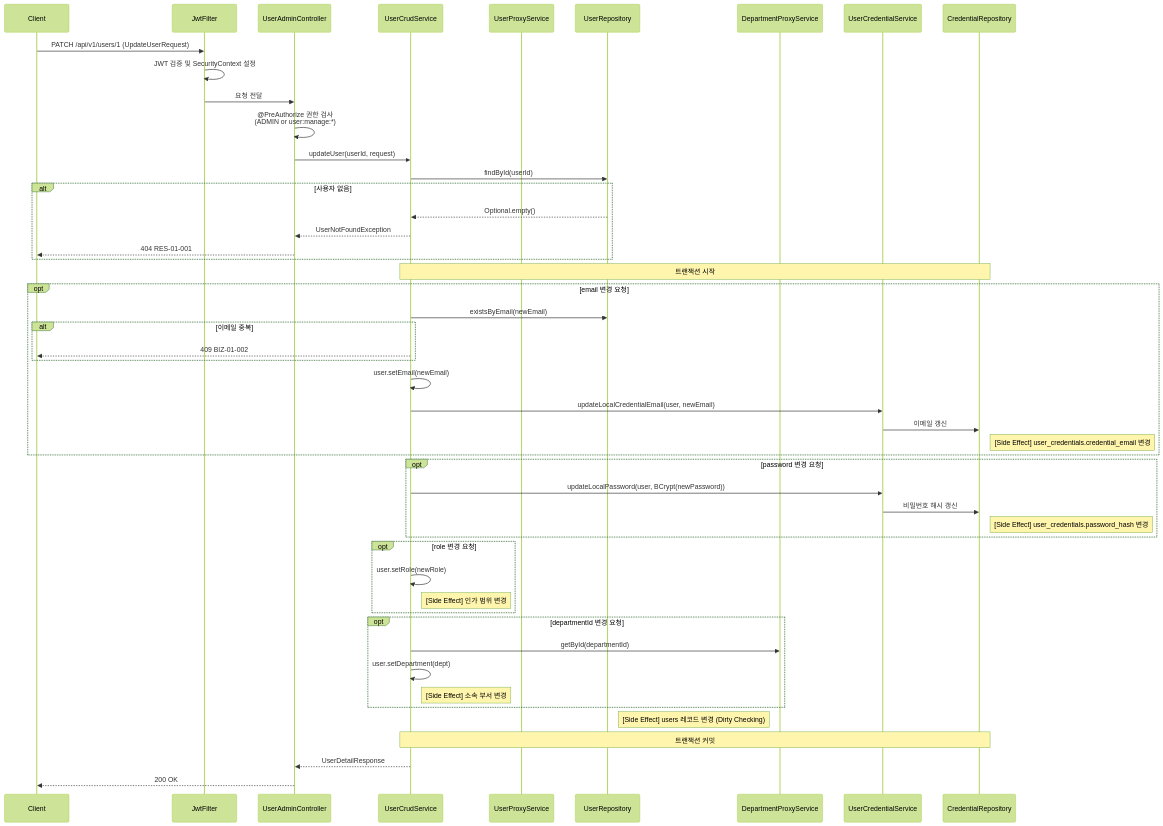
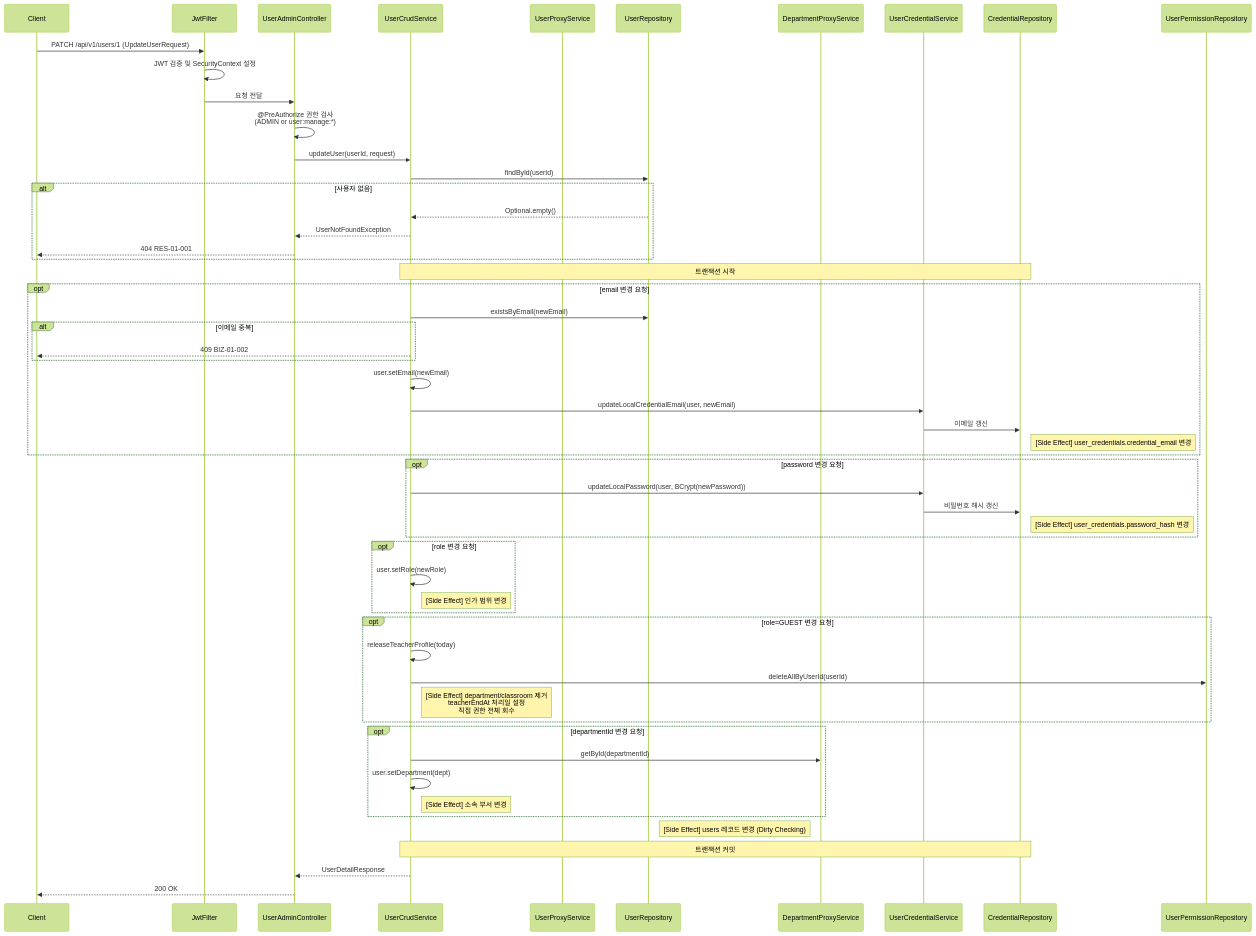
Before and after one commit to Geumjeongyahak/Backend: the fourth of 10 diagrams in docs/Domain/User/SequenceDiagram.md, drawn with Mermaid (forest theme). The commit also changed other lines of this file and 22 other files, not shown here.

````diff
--- a/docs/Domain/User/SequenceDiagram.md
+++ b/docs/Domain/User/SequenceDiagram.md
@@ -126,61 +128,67 @@
 ```mermaid
 sequenceDiagram
     participant Client
     participant JwtFilter
     participant UserAdminController
     participant UserCrudService
     participant UserProxyService
     participant UserRepository
     participant DepartmentProxyService
     participant UserCredentialService
     participant CredentialRepository
 
     Client->>JwtFilter: PATCH /api/v1/users/1 (UpdateUserRequest)
     JwtFilter->>JwtFilter: JWT 검증 및 SecurityContext 설정
     JwtFilter->>UserAdminController: 요청 전달
     UserAdminController->>UserAdminController: @PreAuthorize 권한 검사<br/>(ADMIN or user:manage:*)
     UserAdminController->>UserCrudService: updateUser(userId, request)
 
     UserCrudService->>UserRepository: findById(userId)
     alt 사용자 없음
         UserRepository-->>UserCrudService: Optional.empty()
         UserCrudService-->>UserAdminController: UserNotFoundException
         UserAdminController-->>Client: 404 RES-01-001
     end
 
     Note over UserCrudService,CredentialRepository: 트랜잭션 시작
 
     opt email 변경 요청
         UserCrudService->>UserRepository: existsByEmail(newEmail)
         alt 이메일 중복
             UserCrudService-->>Client: 409 BIZ-01-002
         end
         UserCrudService->>UserCrudService: user.setEmail(newEmail)
         UserCrudService->>UserCredentialService: updateLocalCredentialEmail(user, newEmail)
         UserCredentialService->>CredentialRepository: 이메일 갱신
         Note right of CredentialRepository: [Side Effect] user_credentials.credential_email 변경
     end
 
     opt password 변경 요청
         UserCrudService->>UserCredentialService: updateLocalPassword(user, BCrypt(newPassword))
         UserCredentialService->>CredentialRepository: 비밀번호 해시 갱신
         Note right of CredentialRepository: [Side Effect] user_credentials.password_hash 변경
     end
 
     opt role 변경 요청
         UserCrudService->>UserCrudService: user.setRole(newRole)
         Note right of UserCrudService: [Side Effect] 인가 범위 변경
     end
 
+    opt role=GUEST 변경 요청
+        UserCrudService->>UserCrudService: releaseTeacherProfile(today)
+        UserCrudService->>UserPermissionRepository: deleteAllByUserId(userId)
+        Note right of UserCrudService: [Side Effect] department/classroom 제거<br/>teacherEndAt 처리일 설정<br/>직접 권한 전체 회수
+    end
+
     opt departmentId 변경 요청
         UserCrudService->>DepartmentProxyService: getById(departmentId)
         UserCrudService->>UserCrudService: user.setDepartment(dept)
         Note right of UserCrudService: [Side Effect] 소속 부서 변경
     end
 
     Note right of UserRepository: [Side Effect] users 레코드 변경 (Dirty Checking)
     Note over UserCrudService,CredentialRepository: 트랜잭션 커밋
 
     UserCrudService-->>UserAdminController: UserDetailResponse
     UserAdminController-->>Client: 200 OK
 ```
````
